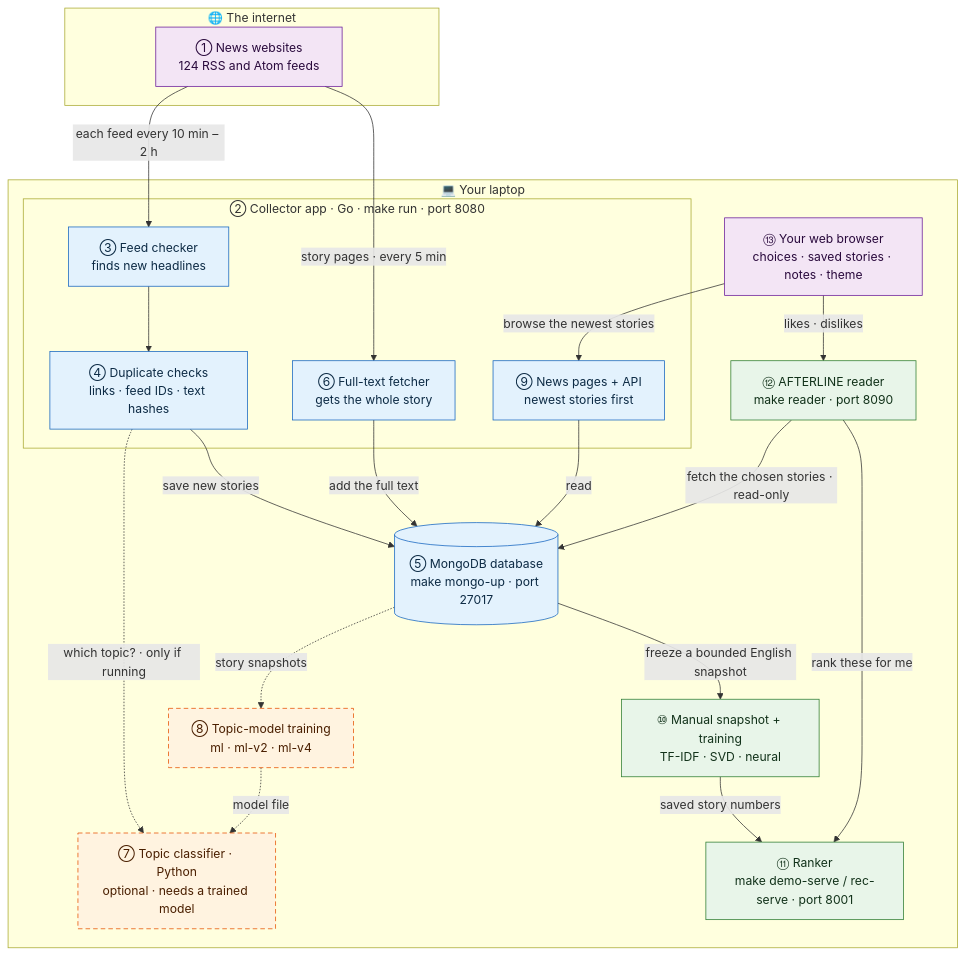
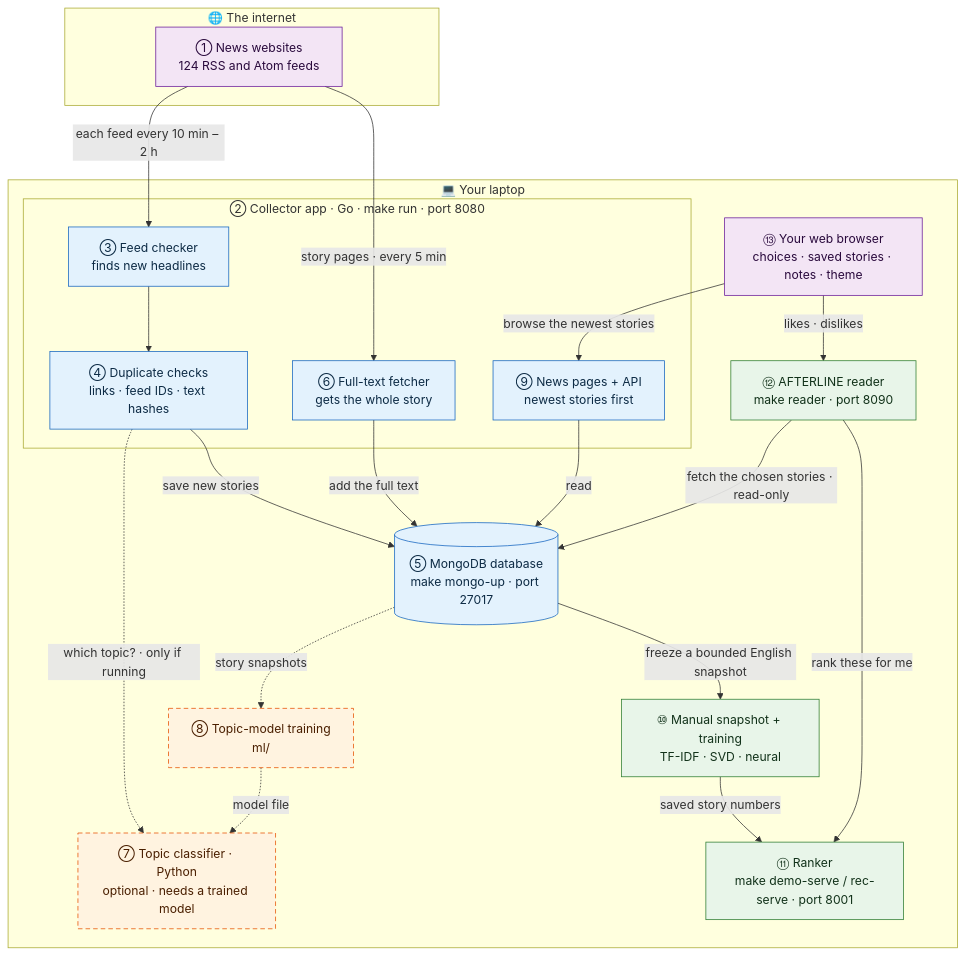
One commit to mhd-riaz/news-bot changed the diagram in docs/assets/system-overview.mmd. Above: the diagram before and after it, drawn with Mermaid. The commit also changed 239 other files, not shown here.

```diff
--- a/docs/assets/system-overview.mmd
+++ b/docs/assets/system-overview.mmd
@@ -1,47 +1,47 @@
 %% The big picture of news-bot running on your own laptop.
 %% README.md section 3 shows this same diagram; keep the two copies in sync.
 flowchart TB
     subgraph NET["🌐 The internet"]
         N1["① News websites<br/>124 RSS and Atom feeds"]
     end
 
     subgraph LAPTOP["💻 Your laptop"]
         subgraph APP["② Collector app · Go · make run · port 8080"]
             N3["③ Feed checker<br/>finds new headlines"]
             N4["④ Duplicate checks<br/>links · feed IDs · text hashes"]
             N6["⑥ Full-text fetcher<br/>gets the whole story"]
             N9["⑨ News pages + API<br/>newest stories first"]
         end
         N5[("⑤ MongoDB database<br/>make mongo-up · port 27017")]
         N7["⑦ Topic classifier · Python<br/>optional · needs a trained model"]
-        N8["⑧ Topic-model training<br/>ml · ml-v2 · ml-v4"]
+        N8["⑧ Topic-model training<br/>ml/"]
         N10["⑩ Manual snapshot + training<br/>TF-IDF · SVD · neural"]
         N11["⑪ Ranker<br/>make demo-serve / rec-serve · port 8001"]
         N12["⑫ AFTERLINE reader<br/>make reader · port 8090"]
         N13["⑬ Your web browser<br/>choices · saved stories · notes · theme"]
     end
 
     N1 -- "each feed every 10 min – 2 h" --> N3
     N3 --> N4
     N4 -- "save new stories" --> N5
     N4 -. "which topic? · only if running" .-> N7
     N1 -- "story pages · every 5 min" --> N6
     N6 -- "add the full text" --> N5
     N5 -. "story snapshots" .-> N8
     N8 -. "model file" .-> N7
     N13 -- "browse the newest stories" --> N9
     N9 -- "read" --> N5
     N5 -- "freeze a bounded English snapshot" --> N10
     N10 -- "saved story numbers" --> N11
     N13 -- "likes · dislikes" --> N12
     N12 -- "rank these for me" --> N11
     N12 -- "fetch the chosen stories · read-only" --> N5
 
     classDef core fill:#e3f2fd,stroke:#1565c0,color:#0d2b45
     classDef rec fill:#e8f5e9,stroke:#2e7d32,color:#12321a
     classDef optional fill:#fff3e0,stroke:#e65100,stroke-dasharray:6 4,color:#4a1f00
     classDef ext fill:#f3e5f5,stroke:#6a1b9a,color:#2a0a3d
     class N1,N13 ext
     class N3,N4,N5,N6,N9 core
     class N7,N8 optional
     class N10,N11,N12 rec
```
